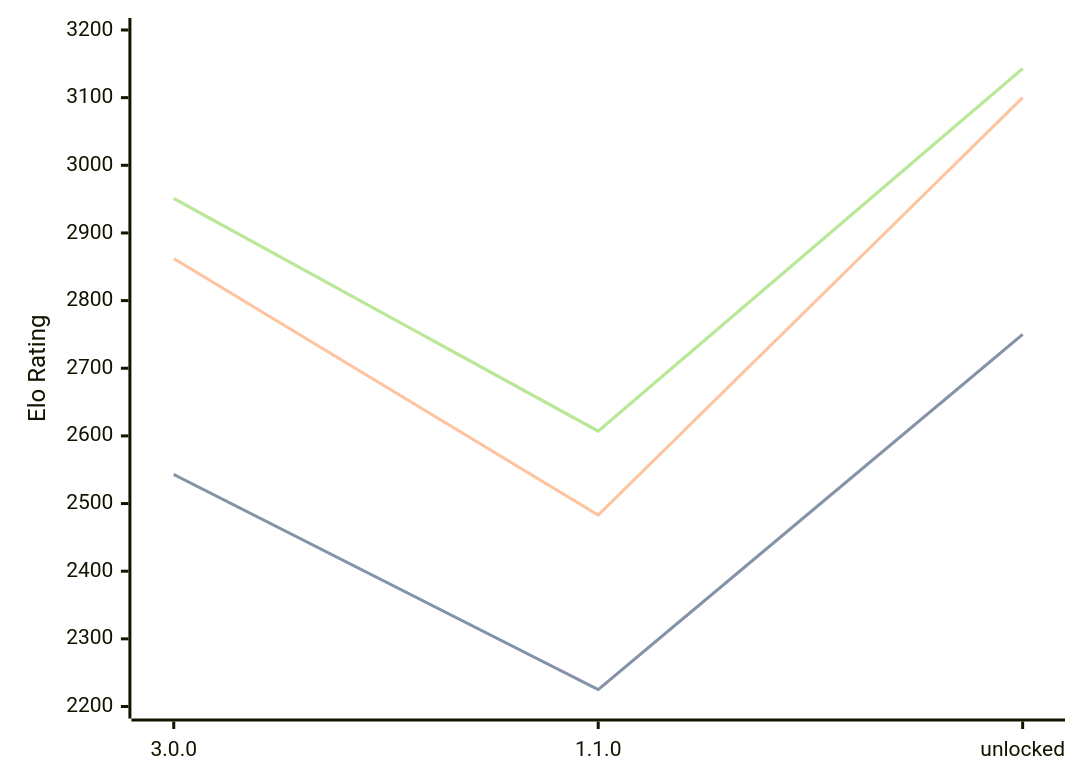
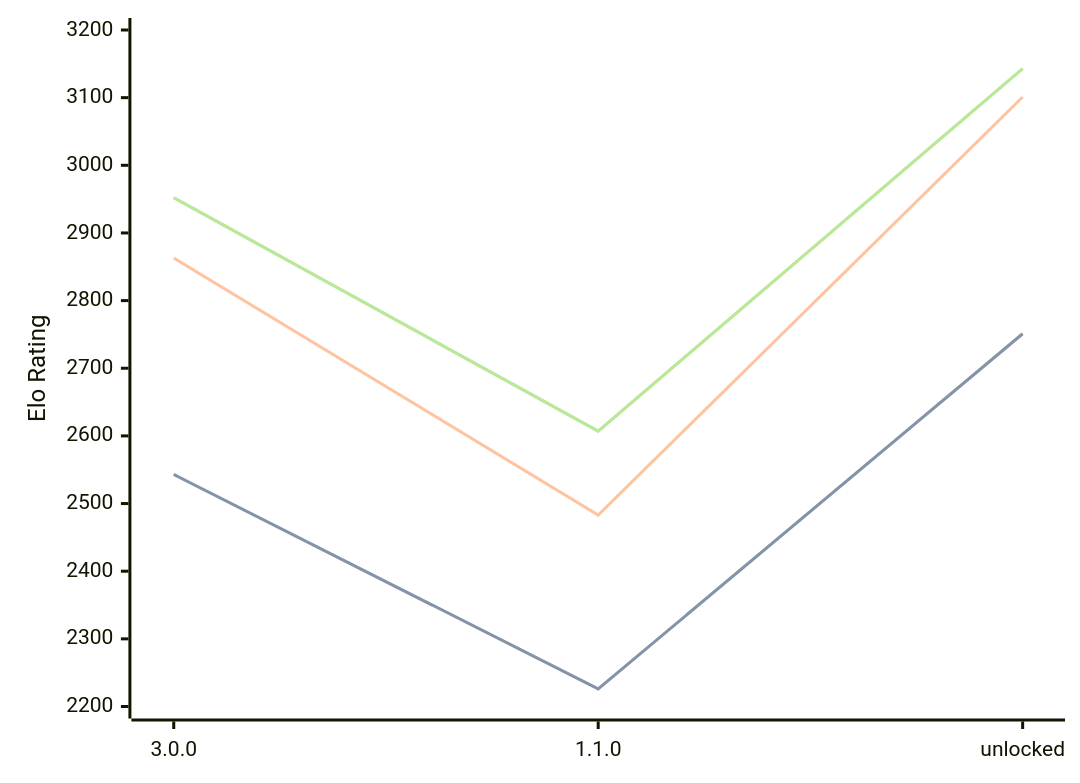
The diagram in engines/Potential.md (computer-chess-index/cci), drawn with Mermaid before and after one commit. The commit also changed other lines of this file, not shown here.

Commit message:
Update CCI Ratings (ELO VLTC) - 2026-10-08

````diff
--- a/engines/Potential.md
+++ b/engines/Potential.md
@@ -33,11 +33,11 @@
 ```mermaid
 %%{init: {"theme":"base","themeVariables":{"seriesColors:['#a3a3a3','#222221','#faa371']}}}%%
 xychart-beta
   x-axis ["3.0.0", "1.1.0", "unlocked"]
   y-axis "Elo Rating" 2200 --> 3200
-  line "" [2543, 2225, 2750]
-  line "STC (8.0+0.08s)" [2543, 2225, 2750]
-  line "LTC (60.0+0.60s)" [2862, 2483, 3100]
-  line "" [2951, 2607, 3143]
-  line "VLTC (2m24s+1.12s)" [2951, 2607, 3143]
+  line "" [2543, 2226, 2751]
+  line "STC (8.0+0.08s)" [2543, 2226, 2751]
+  line "LTC (60.0+0.60s)" [2863, 2483, 3101]
+  line "" [2952, 2607, 3143]
+  line "VLTC (2m24s+1.12s)" [2952, 2607, 3143]
 ```
````
